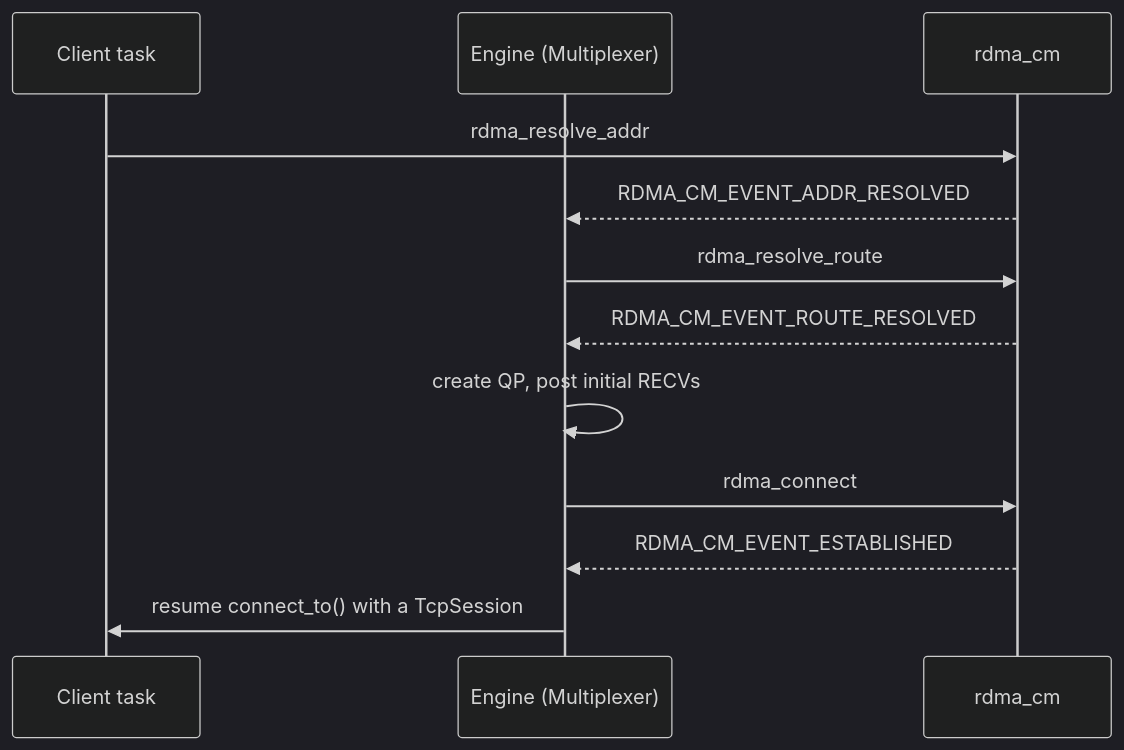
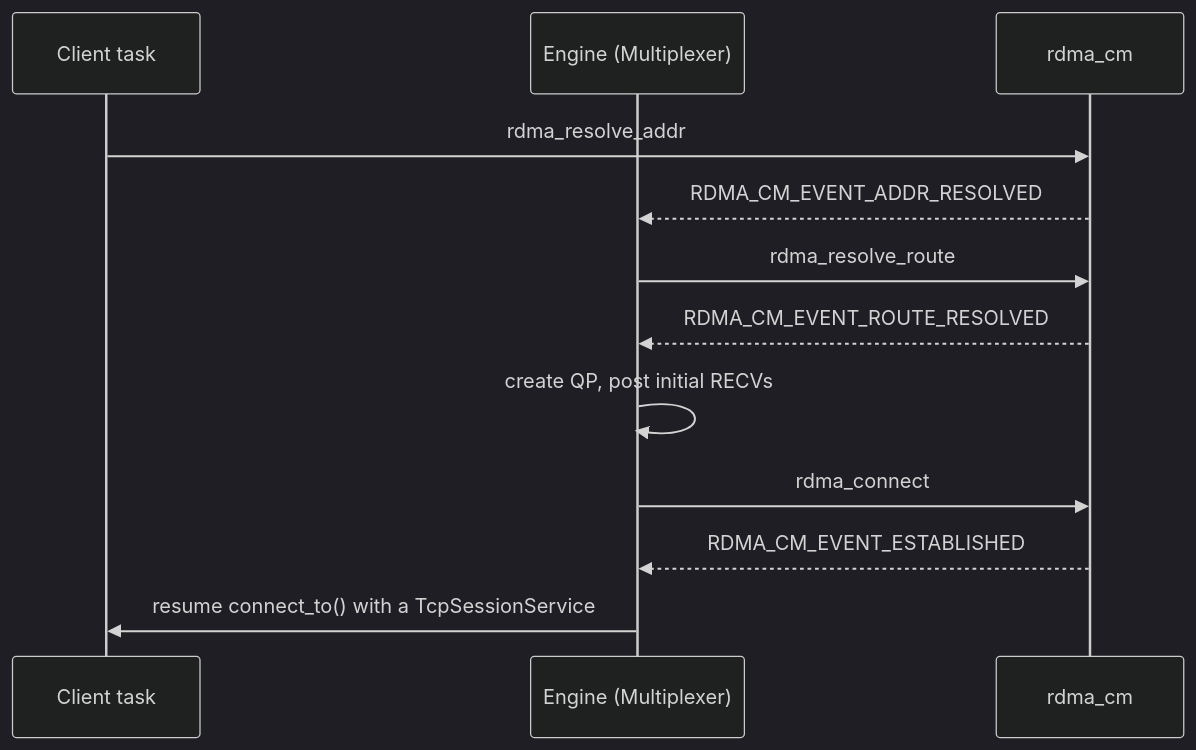
One commit to UserNameUnavailableIsUnavailable/KVStore changed the fourth of 4 diagrams in Documentation/RDMA.md. Above: the diagram before and after it, drawn with Mermaid (dark theme). The commit also changed other lines of this file and 65 other files, not shown here.

````diff
--- a/Documentation/RDMA.md
+++ b/Documentation/RDMA.md
@@ -771,14 +771,14 @@
 ```mermaid
 sequenceDiagram
     participant C as Client task
     participant E as Engine (Multiplexer)
     participant CM as rdma_cm
     C->>CM: rdma_resolve_addr
     CM-->>E: RDMA_CM_EVENT_ADDR_RESOLVED
     E->>CM: rdma_resolve_route
     CM-->>E: RDMA_CM_EVENT_ROUTE_RESOLVED
     E->>E: create QP, post initial RECVs
     E->>CM: rdma_connect
     CM-->>E: RDMA_CM_EVENT_ESTABLISHED
-    E->>C: resume connect_to() with a TcpSession
+    E->>C: resume connect_to() with a TcpSessionService
 ```
````
